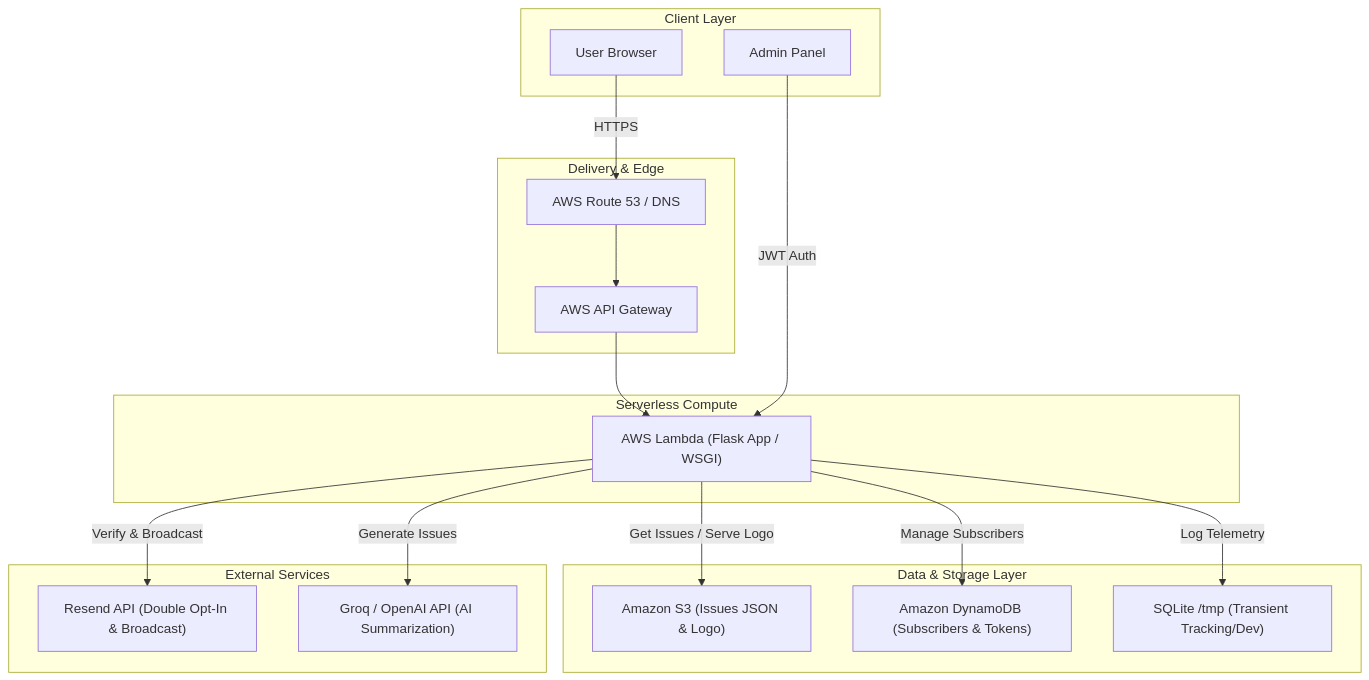
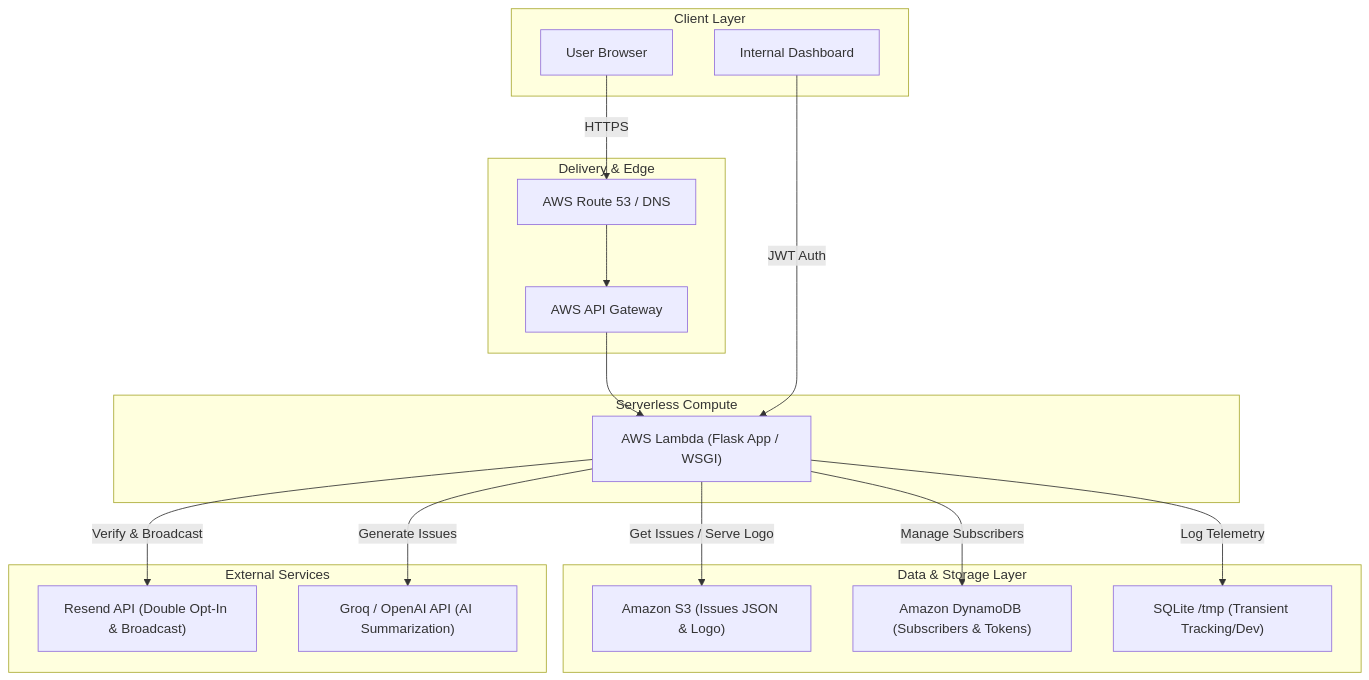
One commit to err0rgod/zeroday changed the diagram in ARCHITECTURE.md. Above: the diagram before and after it, drawn with Mermaid. The commit also changed 3 other files, not shown here.

````diff
--- a/ARCHITECTURE.md
+++ b/ARCHITECTURE.md
@@ -7,39 +7,39 @@
 ```mermaid
 flowchart TD
     subgraph Client ["Client Layer"]
         User["User Browser"]
-        Admin["Admin Panel"]
+        Dashboard["Internal Dashboard"]
     end
 
     subgraph CDN ["Delivery & Edge"]
         Route53["AWS Route 53 / DNS"]
         APIGateway["AWS API Gateway"]
     end
 
     subgraph Compute ["Serverless Compute"]
         Lambda["AWS Lambda (Flask App / WSGI)"]
     end
 
     subgraph Storage ["Data & Storage Layer"]
         S3["Amazon S3 (Issues JSON & Logo)"]
         Dynamo["Amazon DynamoDB (Subscribers & Tokens)"]
         SQLite["SQLite /tmp (Transient Tracking/Dev)"]
     end
 
     subgraph External ["External Services"]
         Resend["Resend API (Double Opt-In & Broadcast)"]
         LLM["Groq / OpenAI API (AI Summarization)"]
     end
 
     User -->|HTTPS| Route53
     Route53 --> APIGateway
     APIGateway --> Lambda
-    Admin -->|JWT Auth| Lambda
+    Dashboard -->|JWT Auth| Lambda
     
     Lambda -->|Get Issues / Serve Logo| S3
     Lambda -->|Manage Subscribers| Dynamo
     Lambda -->|Log Telemetry| SQLite
     
     Lambda -->|Verify & Broadcast| Resend
     Lambda -->|Generate Issues| LLM
 ```
````
